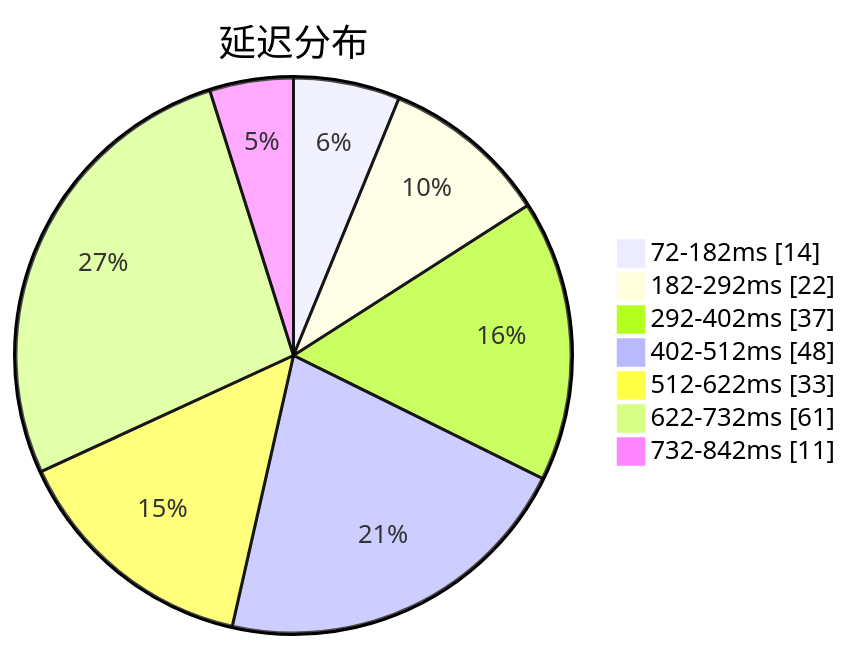
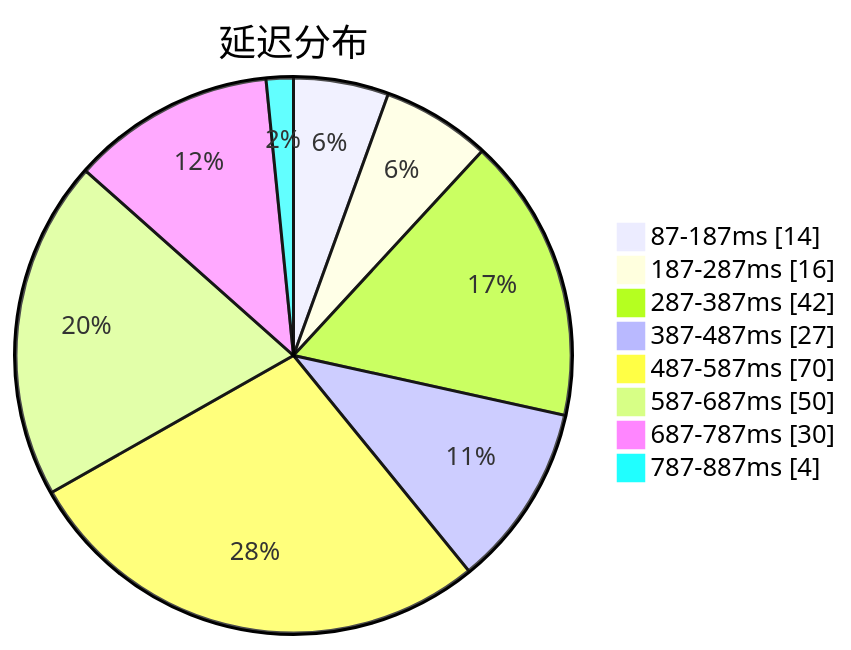
The first of 3 diagrams in subs/statistics/tested_within.md (sinspired/airport), drawn with Mermaid before and after one commit. The commit also changed other lines of this file and 2 other files, not shown here.

````diff
--- a/subs/statistics/tested_within.md
+++ b/subs/statistics/tested_within.md
@@ -2,11 +2,12 @@
 ```mermaid
 pie showData
 title 延迟分布
-"72-182ms" : 14
-"182-292ms" : 22
-"292-402ms" : 37
-"402-512ms" : 48
-"512-622ms" : 33
-"622-732ms" : 61
-"732-842ms" : 11
+"87-187ms" : 14
+"187-287ms" : 16
+"287-387ms" : 42
+"387-487ms" : 27
+"487-587ms" : 70
+"587-687ms" : 50
+"687-787ms" : 30
+"787-887ms" : 4
 ```
````
